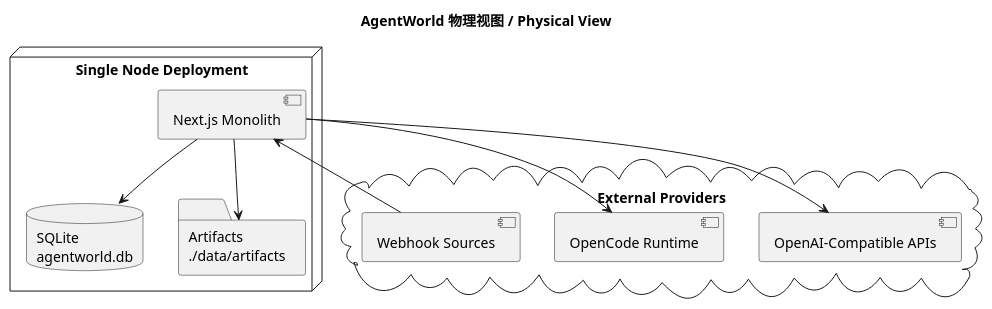
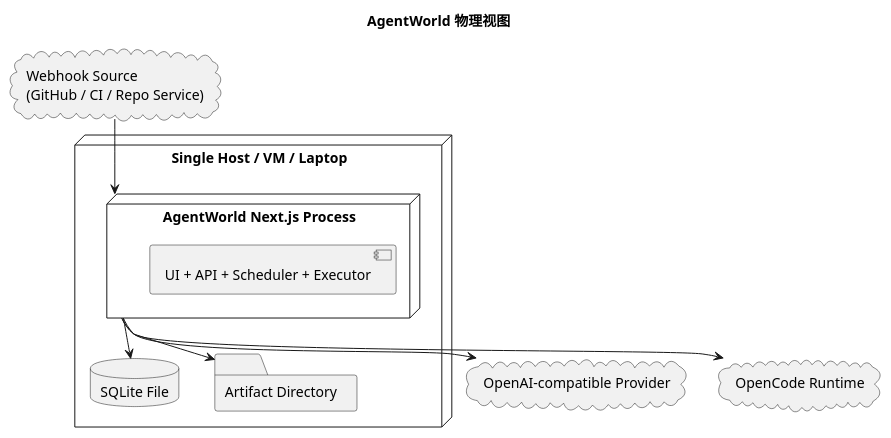
The fifth of 7 diagrams in docs/detailed-design.zh-CN.md (SimonMing47/agent-world), drawn with PlantUML before and after one commit. The commit also changed other lines of this file and 29 other files, not shown here.

````diff
--- a/docs/detailed-design.zh-CN.md
+++ b/docs/detailed-design.zh-CN.md
@@ -1022,24 +1204,23 @@
 ```plantuml
 @startuml
-title AgentWorld 物理视图 / Physical View
+title AgentWorld 物理视图
+node "Single Host / VM / Laptop" {
+  node "AgentWorld Next.js Process" {
+    component "UI + API + Scheduler + Executor"
+  }
 
-node "Single Node Deployment" {
-  component "Next.js Monolith"
-  database "SQLite\nagentworld.db"
-  folder "Artifacts\n./data/artifacts"
+  database "SQLite File"
+  folder "Artifact Directory"
 }
 
-cloud "External Providers" {
-  component "OpenAI-Compatible APIs"
-  component "OpenCode Runtime"
-  component "Webhook Sources"
-}
+cloud "OpenAI-compatible Provider" as Provider
+cloud "OpenCode Runtime" as Runtime
+cloud "Webhook Source\n(GitHub / CI / Repo Service)" as Webhook
 
-"Next.js Monolith" --> "SQLite\nagentworld.db"
-"Next.js Monolith" --> "Artifacts\n./data/artifacts"
-"Next.js Monolith" --> "OpenAI-Compatible APIs"
-"Next.js Monolith" --> "OpenCode Runtime"
-"Webhook Sources" --> "Next.js Monolith"
-
+"AgentWorld Next.js Process" --> "SQLite File"
+"AgentWorld Next.js Process" --> "Artifact Directory"
+"AgentWorld Next.js Process" --> Provider
+"AgentWorld Next.js Process" --> Runtime
+Webhook --> "AgentWorld Next.js Process"
 @enduml
 ```
````
